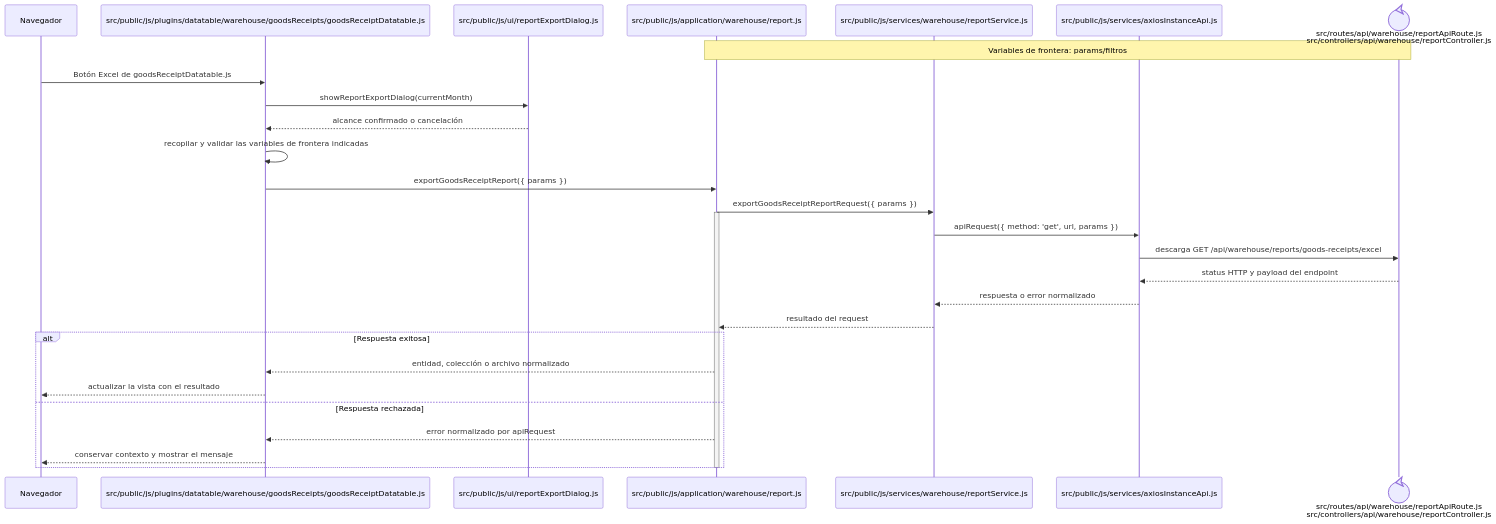
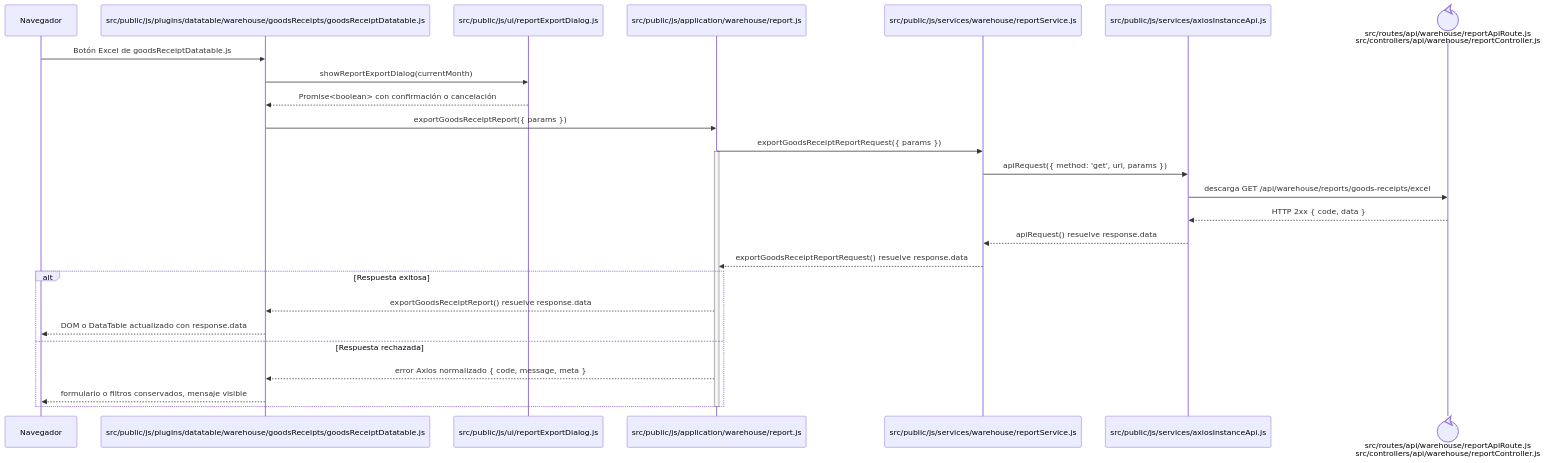
Before and after one commit to gpgsistemas01/nexus: the diagram in docs/architecture/frontend-code-sequences/purchases/cu-ent-06.md, drawn with Mermaid. The commit also changed 148 other files, not shown here.

````diff
--- a/docs/architecture/frontend-code-sequences/purchases/cu-ent-06.md
+++ b/docs/architecture/frontend-code-sequences/purchases/cu-ent-06.md
@@ -6,32 +6,30 @@
 ```mermaid
 sequenceDiagram
     participant Browser as Navegador
     participant View as src/public/js/plugins/datatable/warehouse/goodsReceipts/goodsReceiptDatatable.js
     participant Dialog as src/public/js/ui/reportExportDialog.js
     participant Application as src/public/js/application/warehouse/report.js
     participant Request as src/public/js/services/warehouse/reportService.js
     participant HTTP as src/public/js/services/axiosInstanceApi.js
     participant Transport@{ "type": "control" } as src/routes/api/warehouse/reportApiRoute.js<br/>src/controllers/api/warehouse/reportController.js
-    Note over Application,Transport: Variables de frontera: params/filtros
 
     Browser->>View: Botón Excel de goodsReceiptDatatable.js
     View->>Dialog: showReportExportDialog(currentMonth)
-    Dialog-->>View: alcance confirmado o cancelación
-    View->>View: recopilar y validar las variables de frontera indicadas
+    Dialog-->>View: Promise<boolean> con confirmación o cancelación
     View->>Application: exportGoodsReceiptReport({ params })
     Application->>Request: exportGoodsReceiptReportRequest({ params })
     activate Application
     Request->>HTTP: apiRequest({ method: 'get', url, params })
     HTTP->>Transport: descarga GET /api/warehouse/reports/goods-receipts/excel
-    Transport-->>HTTP: status HTTP y payload del endpoint
-    HTTP-->>Request: respuesta o error normalizado
-    Request-->>Application: resultado del request
+    Transport-->>HTTP: HTTP 2xx { code, data }
+    HTTP-->>Request: apiRequest() resuelve response.data
+    Request-->>Application: exportGoodsReceiptReportRequest() resuelve response.data
     alt Respuesta exitosa
-        Application-->>View: entidad, colección o archivo normalizado
-        View-->>Browser: actualizar la vista con el resultado
+        Application-->>View: exportGoodsReceiptReport() resuelve response.data
+        View-->>Browser: DOM o DataTable actualizado con response.data
     else Respuesta rechazada
-        Application-->>View: error normalizado por apiRequest
-        View-->>Browser: conservar contexto y mostrar el mensaje
+        Application-->>View: error Axios normalizado { code, message, meta }
+        View-->>Browser: formulario o filtros conservados, mensaje visible
     end
     deactivate Application
 ```
````
